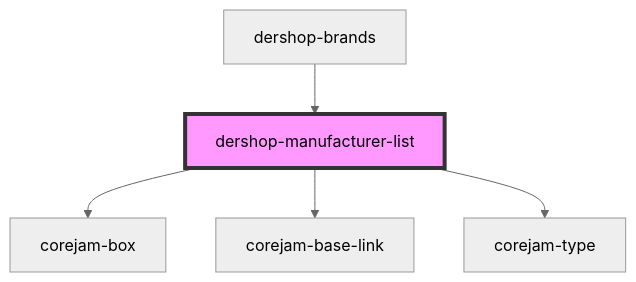
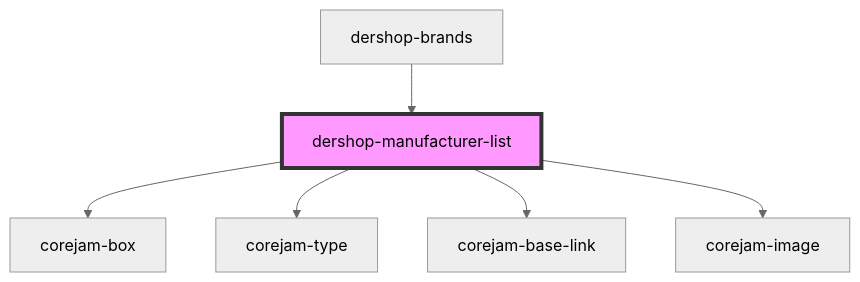
The diagram in packages/plugins/dershop/app/components/dershop-manufacturer-list/readme.md (corejam/corejam), drawn with Mermaid (neutral theme) before and after one commit. The commit also changed other lines of this file and 1 other file, not shown here.

Commit message:
small cleanup brands

````diff
--- a/packages/plugins/dershop/app/components/dershop-manufacturer-list/readme.md
+++ b/packages/plugins/dershop/app/components/dershop-manufacturer-list/readme.md
@@ -21,8 +22,9 @@
 ```mermaid
 graph TD;
   dershop-manufacturer-list --> corejam-box
+  dershop-manufacturer-list --> corejam-type
   dershop-manufacturer-list --> corejam-base-link
-  dershop-manufacturer-list --> corejam-type
+  dershop-manufacturer-list --> corejam-image
   dershop-brands --> dershop-manufacturer-list
   style dershop-manufacturer-list fill:#f9f,stroke:#333,stroke-width:4px
 ```
````
